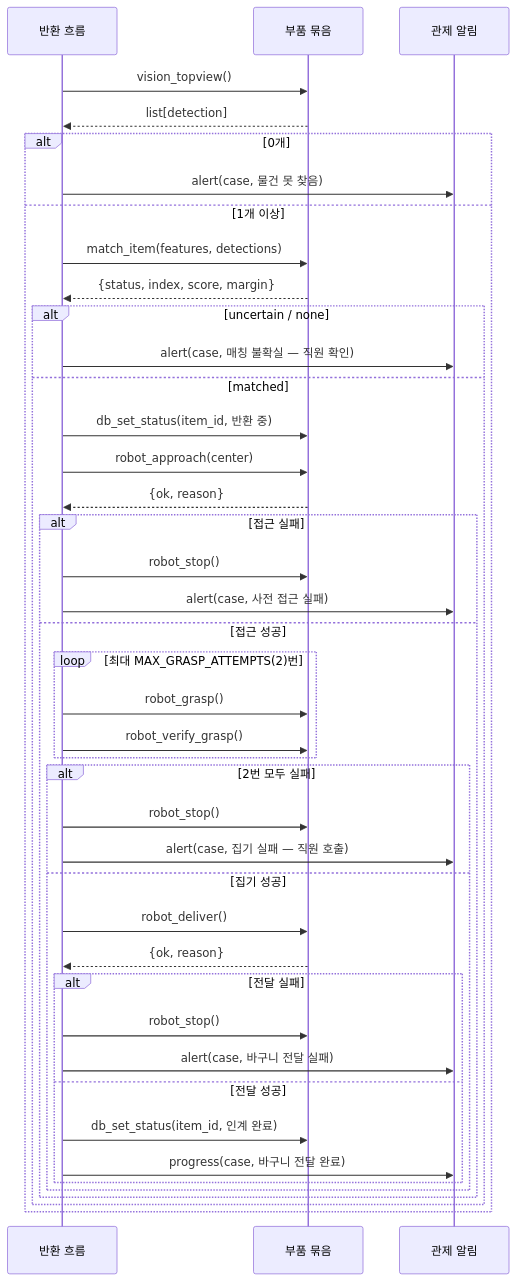
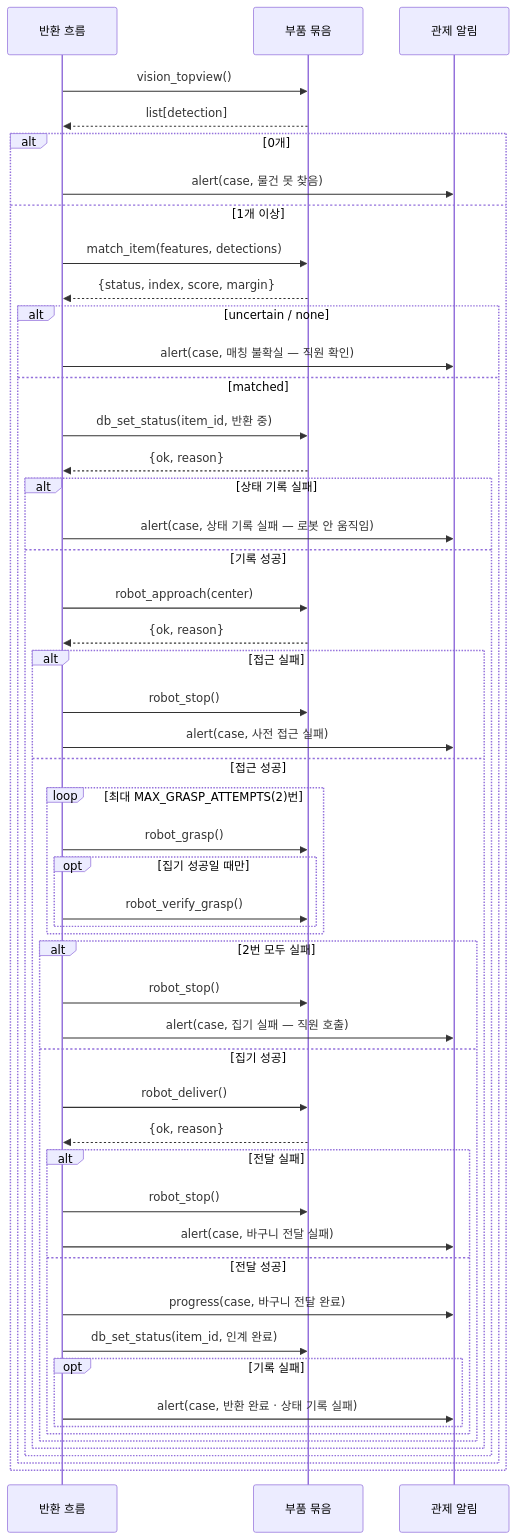
The second of 2 diagrams in docs/design/sequence.md (agentops-lostfound/ai-lostfound-tower), drawn with Mermaid before and after one commit. The commit also changed other lines of this file and 12 other files, not shown here.

````diff
--- a/docs/design/sequence.md
+++ b/docs/design/sequence.md
@@ -41,44 +41,54 @@
 ```mermaid
 sequenceDiagram
   participant Sup as 반환 흐름
   participant BE as 부품 묶음
   participant Rep as 관제 알림
   Sup->>BE: vision_topview()
   BE-->>Sup: list[detection]
   alt 0개
     Sup->>Rep: alert(case, 물건 못 찾음)
   else 1개 이상
     Sup->>BE: match_item(features, detections)
     BE-->>Sup: {status, index, score, margin}
     alt uncertain / none
       Sup->>Rep: alert(case, 매칭 불확실 — 직원 확인)
     else matched
       Sup->>BE: db_set_status(item_id, 반환 중)
+      BE-->>Sup: {ok, reason}
+      alt 상태 기록 실패
+        Sup->>Rep: alert(case, 상태 기록 실패 — 로봇 안 움직임)
+      else 기록 성공
       Sup->>BE: robot_approach(center)
       BE-->>Sup: {ok, reason}
       alt 접근 실패
         Sup->>BE: robot_stop()
         Sup->>Rep: alert(case, 사전 접근 실패)
       else 접근 성공
         loop 최대 MAX_GRASP_ATTEMPTS(2)번
           Sup->>BE: robot_grasp()
-          Sup->>BE: robot_verify_grasp()
+          opt 집기 성공일 때만
+            Sup->>BE: robot_verify_grasp()
+          end
         end
         alt 2번 모두 실패
           Sup->>BE: robot_stop()
           Sup->>Rep: alert(case, 집기 실패 — 직원 호출)
         else 집기 성공
           Sup->>BE: robot_deliver()
           BE-->>Sup: {ok, reason}
           alt 전달 실패
             Sup->>BE: robot_stop()
             Sup->>Rep: alert(case, 바구니 전달 실패)
           else 전달 성공
+            Sup->>Rep: progress(case, 바구니 전달 완료)
             Sup->>BE: db_set_status(item_id, 인계 완료)
-            Sup->>Rep: progress(case, 바구니 전달 완료)
+            opt 기록 실패
+              Sup->>Rep: alert(case, 반환 완료 · 상태 기록 실패)
+            end
           end
         end
+      end
       end
     end
   end
 ```
````
